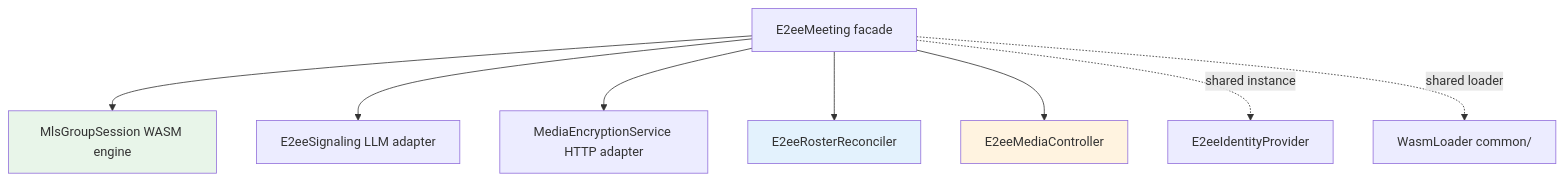
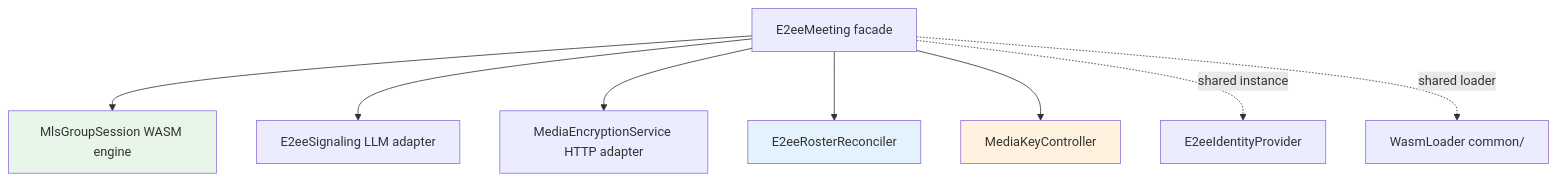
One commit to webex/webex-js-sdk changed the second of 3 diagrams in packages/@webex/plugin-meetings/src/e2ee/DESIGN.md. Above: the diagram before and after it, drawn with Mermaid. The commit also changed other lines of this file, not shown here.

Commit message:
docs: rename media key controller

````diff
--- a/packages/@webex/plugin-meetings/src/e2ee/DESIGN.md
+++ b/packages/@webex/plugin-meetings/src/e2ee/DESIGN.md
@@ -120,14 +120,14 @@
 ```mermaid
 graph TD
     E2eeMeeting[E2eeMeeting facade] --> MLS[MlsGroupSession WASM engine]
     E2eeMeeting --> Sig[E2eeSignaling LLM adapter]
     E2eeMeeting --> Svc[MediaEncryptionService HTTP adapter]
     E2eeMeeting --> Recon[E2eeRosterReconciler]
-    E2eeMeeting --> MediaCtl[E2eeMediaController]
+    E2eeMeeting --> MediaCtl[MediaKeyController]
     E2eeMeeting -.->|shared instance| Ident[E2eeIdentityProvider]
     E2eeMeeting -.->|shared loader| WasmLoader[WasmLoader common/]
 
     style MLS fill:#e8f5e9
     style Recon fill:#e3f2fd
     style MediaCtl fill:#fff3e0
 ```
````
